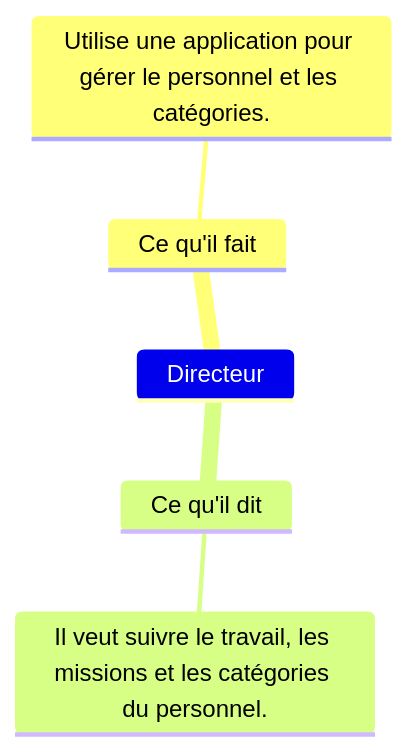
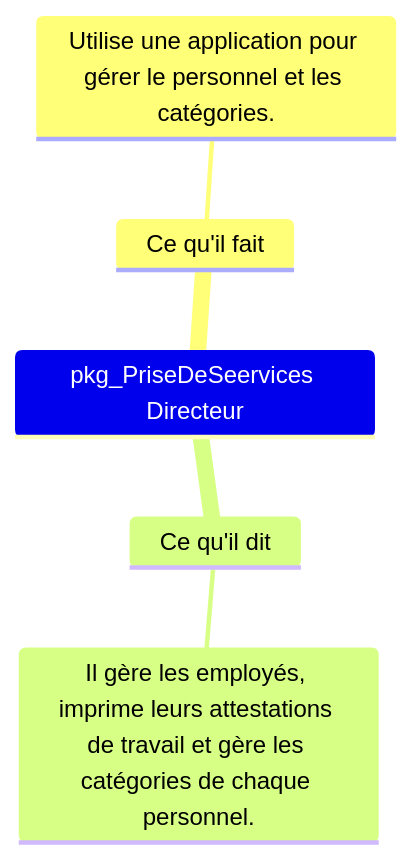
The diagram in modélisation/pkg_PriseDeServices/empathy-directeur.mmd (hamidAchaou/gestion-personnels), drawn with Mermaid before and after one commit. The commit also changed 3 other files, not shown here.

```diff
--- a/modélisation/pkg_PriseDeServices/empathy-directeur.mmd
+++ b/modélisation/pkg_PriseDeServices/empathy-directeur.mmd
@@ -1,7 +1,7 @@
 %% @config(../mindmap-config.json)
 mindmap
-    Directeur
+    pkg_PriseDeSeervices Directeur
         Ce qu'il fait
             Utilise une application pour gérer le personnel et les catégories.
         Ce qu'il dit
-            Il veut suivre le travail, les missions et les catégories du personnel.
+            Il gère les employés, imprime leurs attestations de travail et gère les catégories de chaque personnel.
```
